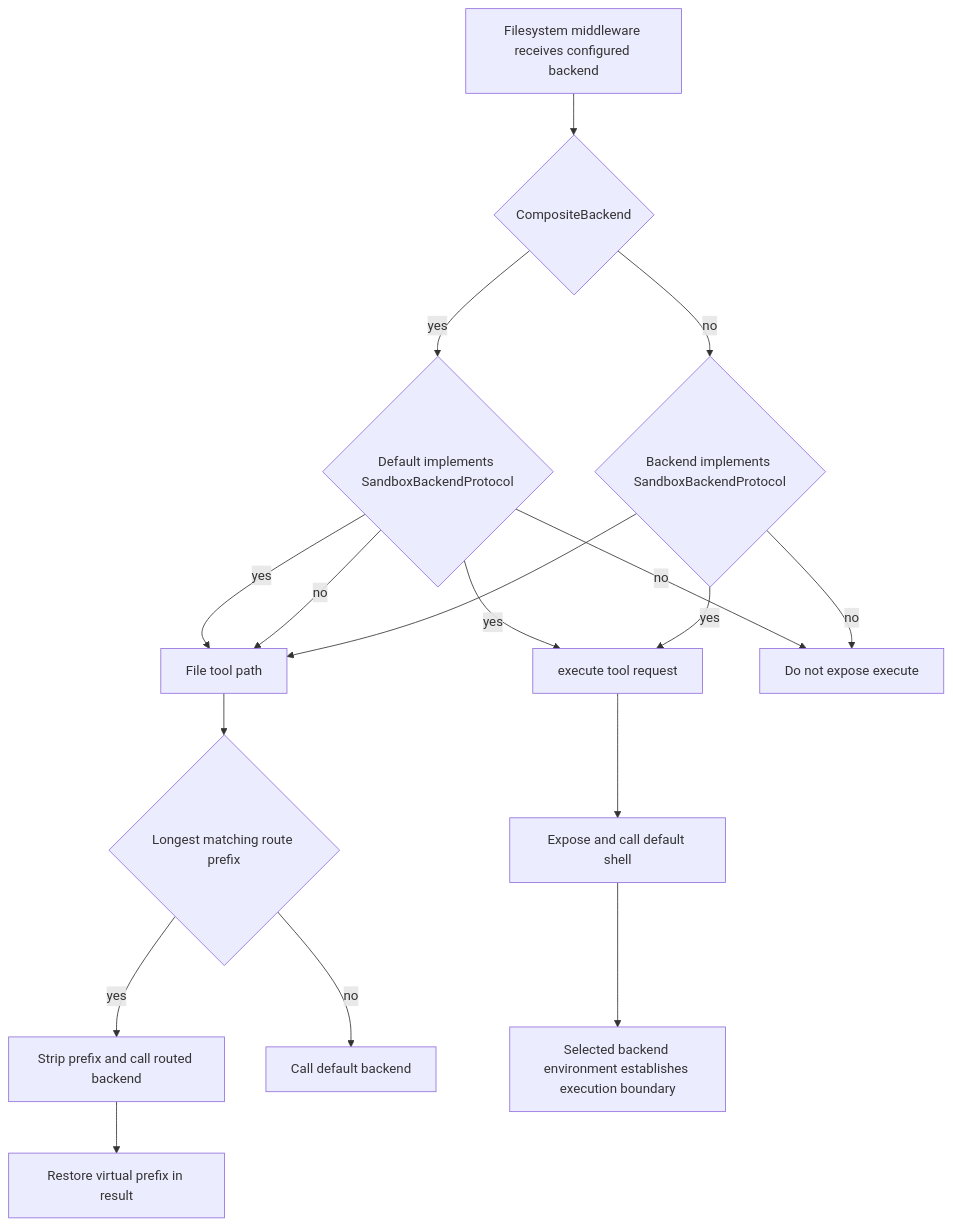
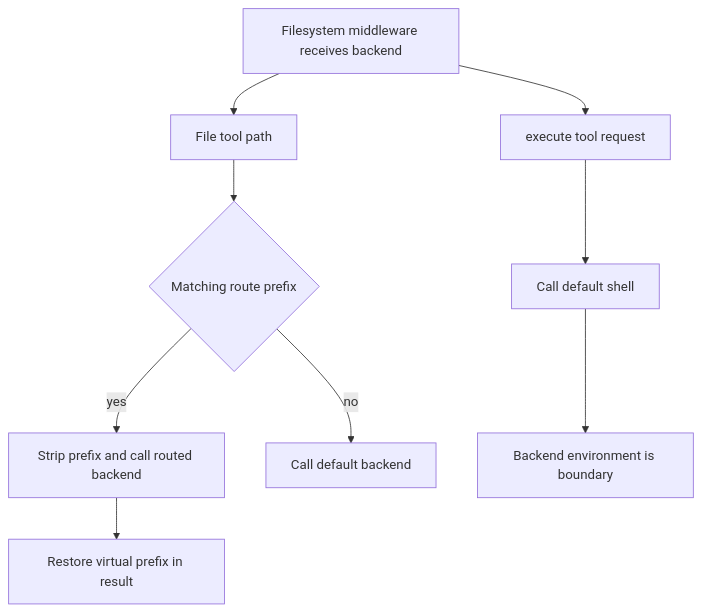
Before and after one commit to langchain-ai/deepagents: the diagram in openwiki/concepts/backends.md, drawn with Mermaid. The commit also changed other lines of this file and 43 other files, not shown here.

````diff
--- a/openwiki/concepts/backends.md
+++ b/openwiki/concepts/backends.md
@@ -65,29 +73,17 @@
 ```mermaid
 flowchart TD
-    Start["Filesystem middleware receives configured backend"]
-    Composite{"CompositeBackend"}
-    DefaultCheck{"Default implements SandboxBackendProtocol"}
-    DirectCheck{"Backend implements SandboxBackendProtocol"}
+    Start["Filesystem middleware receives backend"]
     FilePath["File tool path"]
-    Route{"Longest matching route prefix"}
+    Route{"Matching route prefix"}
     Routed["Strip prefix and call routed backend"]
     Fallback["Call default backend"]
     Restore["Restore virtual prefix in result"]
     Execute["execute tool request"]
-    Shell["Expose and call default shell"]
-    NoShell["Do not expose execute"]
-    Boundary["Selected backend environment establishes execution boundary"]
-    Start --> Composite
-    Composite -->|yes| DefaultCheck
-    Composite -->|no| DirectCheck
-    DefaultCheck -->|yes| FilePath
-    DefaultCheck -->|no| FilePath
-    DirectCheck --> FilePath
+    Shell["Call default shell"]
+    Boundary["Backend environment is boundary"]
+    Start --> FilePath
     FilePath --> Route
     Route -->|yes| Routed --> Restore
     Route -->|no| Fallback
-    DefaultCheck -->|yes| Execute --> Shell --> Boundary
-    DefaultCheck -->|no| NoShell
-    DirectCheck -->|yes| Execute
-    DirectCheck -->|no| NoShell
+    Start --> Execute --> Shell --> Boundary
 ```
````
